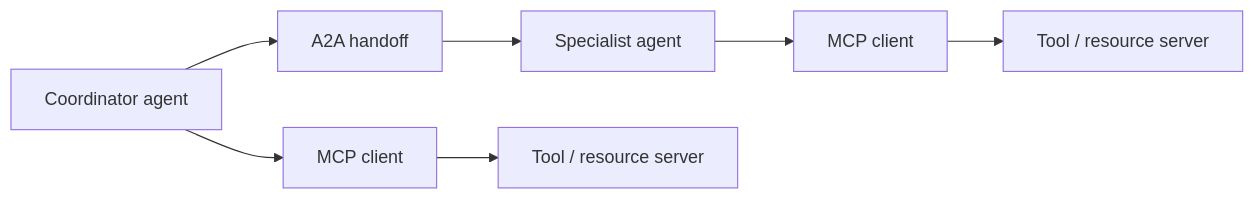
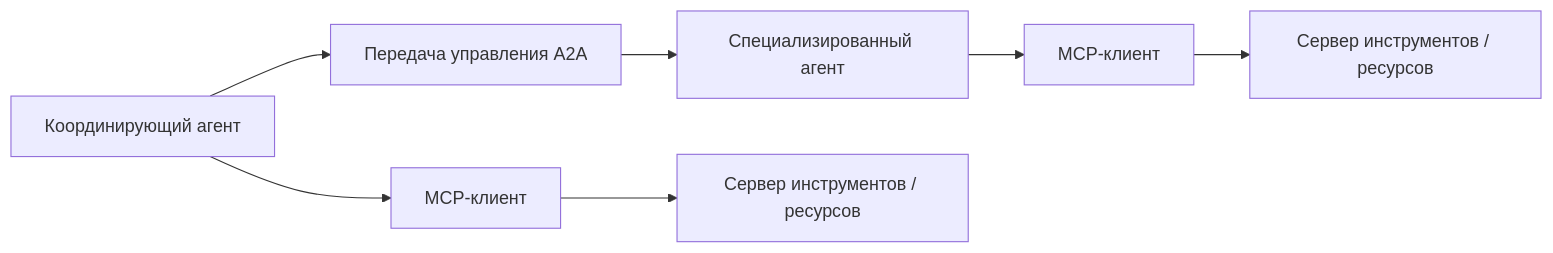
One commit to agent-axiom/agent-arch changed the diagram in docs/book/part-iv/practical-mcp-a2a.md. Above: the diagram before and after it, drawn with Mermaid. The commit also changed 2 other files, not shown here.

Commit message:
docs: localize russian security contract prose

````diff
--- a/docs/book/part-iv/practical-mcp-a2a.md
+++ b/docs/book/part-iv/practical-mcp-a2a.md
@@ -172,9 +172,9 @@
 ``` mermaid
 flowchart LR
-    A["Coordinator agent"] --> B["A2A handoff"]
-    B --> C["Specialist agent"]
-    A --> D["MCP client"]
-    C --> E["MCP client"]
-    D --> F["Tool / resource server"]
-    E --> G["Tool / resource server"]
+    A["Координирующий агент"] --> B["Передача управления A2A"]
+    B --> C["Специализированный агент"]
+    A --> D["MCP-клиент"]
+    C --> E["MCP-клиент"]
+    D --> F["Сервер инструментов / ресурсов"]
+    E --> G["Сервер инструментов / ресурсов"]
 ```
````
